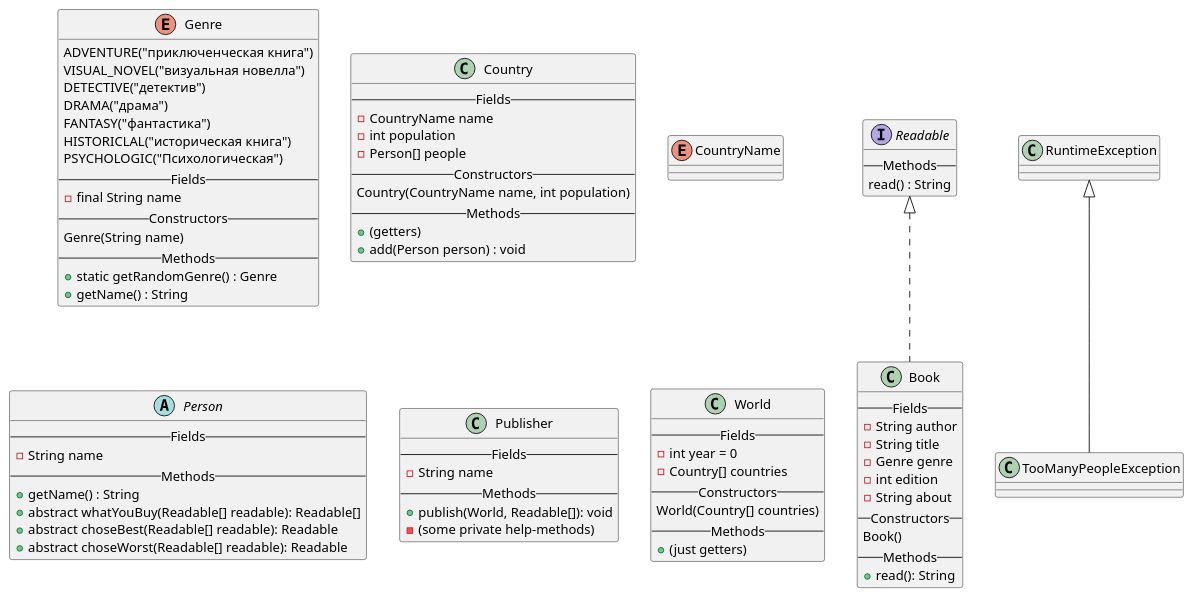
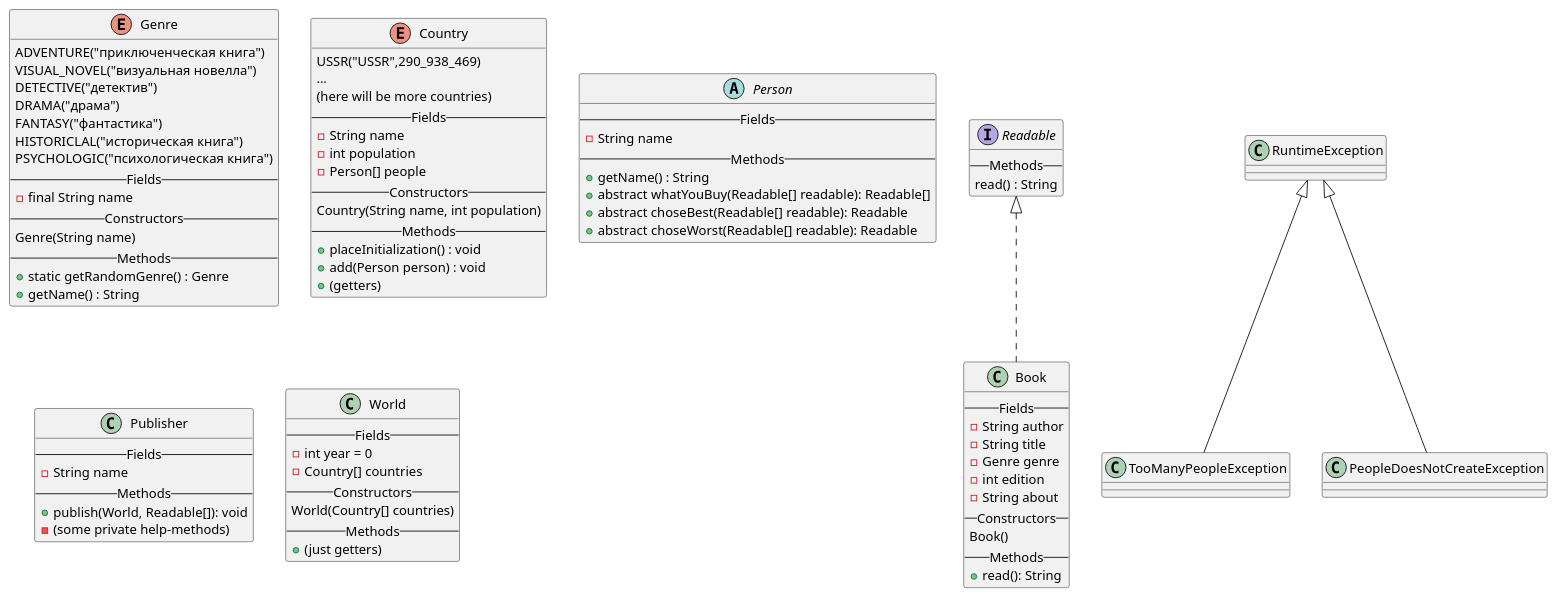
Before and after one commit to Andryss/TheBestRealizationLabWork4: the diagram in TheBestUML.puml, drawn with PlantUML. The commit also changed 1 other file, not shown here.

Commit message:
1) BIG COUNTY CHANGES (without meetings):     1.1) Country is enum now (again)     1.2) add placeInitialization method     1.3) so add new Exception 2) comment Exceptions 3) idea: we need a Generator class, which will create random books or people

```diff
--- a/TheBestUML.puml
+++ b/TheBestUML.puml
@@ -1,123 +1,126 @@
 @startuml
 'Текст задания:
 '
 'Издательская компания «Эксмо» совместно с Hoff представила данные по
 'книжным предпочтениям россиян в 2021 году: абсолютным лидером продаж
 'стали книги (издание и переиздание) Михаила Лабковского «Хочу и буду»,
 'сообщили в пресс-службе.
 '
 'Книги психолога лидировали по продажам по всей стране: за год было
 'продано более 129 тыс. экземпляров первого издания и 34,5 тыс. второго.
 '
 'На втором месте по популярности у покупателей детектив «Внутри убийцы»
 'израильского писателя Майка Омера (более 92 тыс. экземпляров) про
 'криминального психолога-женщину, расследующую череду жестоких
 'преступлений. Тройку лидеров продаж замыкает роман «Transhumanism inc.»
 'Виктора Пелевина — новинка российского автора разошлась в количестве 71
 'тыс. экземпляров.
 
 enum Genre {
 ADVENTURE("приключенческая книга")
 VISUAL_NOVEL("визуальная новелла")
 DETECTIVE("детектив")
 DRAMA("драма")
 FANTASY("фантастика")
 HISTORICLAL("историческая книга")
-PSYCHOLOGIC("Психологическая")
+PSYCHOLOGIC("психологическая книга")
 --Fields--
 - final String name
 --Constructors--
 Genre(String name)
 --Methods--
 'dont understand "collision problem"
 'I think all is OK
 + static getRandomGenre() : Genre
 + getName() : String
 }
 
-'i think it is bad idea to use ENUM here
-'Country should be class
-'but countryName should be enum (maybe inner enum?)
-'so we will create OUR country by using "add" method
-class Country{
+'i have an idea how to create Person[]
+enum Country{
+USSR("USSR",290_938_469)
+...
+(here will be more countries)
 --Fields--
-- CountryName name
+- String name
 - int population
+'persons-heap :)
 - Person[] people
 --Constructors--
-'this changes makes 1 Exception useless
-Country(CountryName name, int population)
-'in this constructor we create Person[population]
+Country(String name, int population)
 --Methods--
-'i think Publisher class should makePeopleChoice
+'in this method we will create Person[]
+'name of method must be better
++ placeInitialization() : void
+'in this method we will append Person in Persons-heap
++ add(Person person) : void
 + (getters)
-+ add(Person person) : void
-}
-
-enum CountryName {
-'just an idea
 }
 
 interface Readable {
 --Methods--
 read() : String
 }
 
 class Book implements Readable {
 --Fields--
 'delete year field
 - String author
 - String title
 - Genre genre
 - int edition
 - String about
 --Constructors--
 Book()
 --Methods--
 'there is the method, which mix all info
 'about book in one String and return it
 + read(): String
 'it is read, because Readable
 }
 
 
 abstract class Person {
 --Fields--
 - String name
 --Methods--
 + getName() : String
 + abstract whatYouBuy(Readable[] readable): Readable[]
 + abstract choseBest(Readable[] readable): Readable
 + abstract choseWorst(Readable[] readable): Readable
 }
 
 class Publisher {
 --Fields--
 - String name
 --Methods--
 'i think it should be void but print all info in stdout
 'this method should ask all people in the World about Readable[]
 + publish(World, Readable[]): void
 - (some private help-methods)
 }
 
 class World {
 --Fields--
 - int year = 0
 - Country[] countries
 --Constructors--
 World(Country[] countries)
 --Methods--
 'i think publisher must ask persons
 '+ makeCountryChoose(Country country): void
 '+ getResults(): Book[]
 + (just getters)
 }
 
 class TooManyPeopleException extends RuntimeException {
+'we want to have more Persons than Person[] can contain
+}
+
+class PeopleDoesNotCreateException extends RuntimeException {
+'we want to add Person and Person[] is null (not created)
 }
 
 'useless exception
 'class CountryDoesNotExistException extends Exception {
 '}
 @enduml
```
